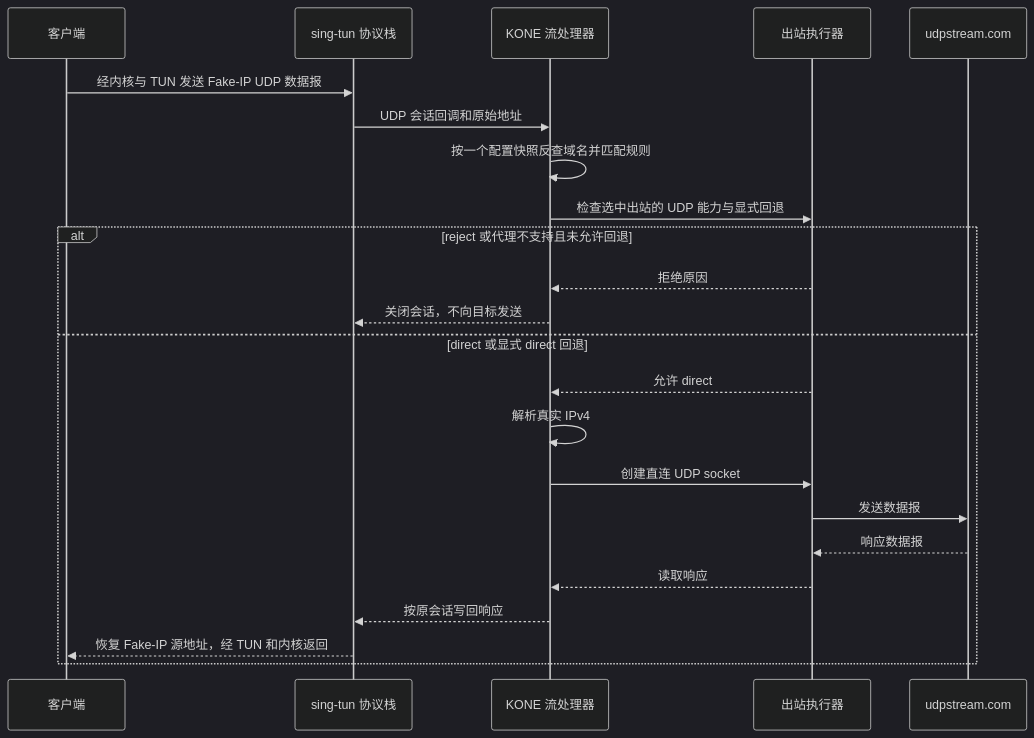
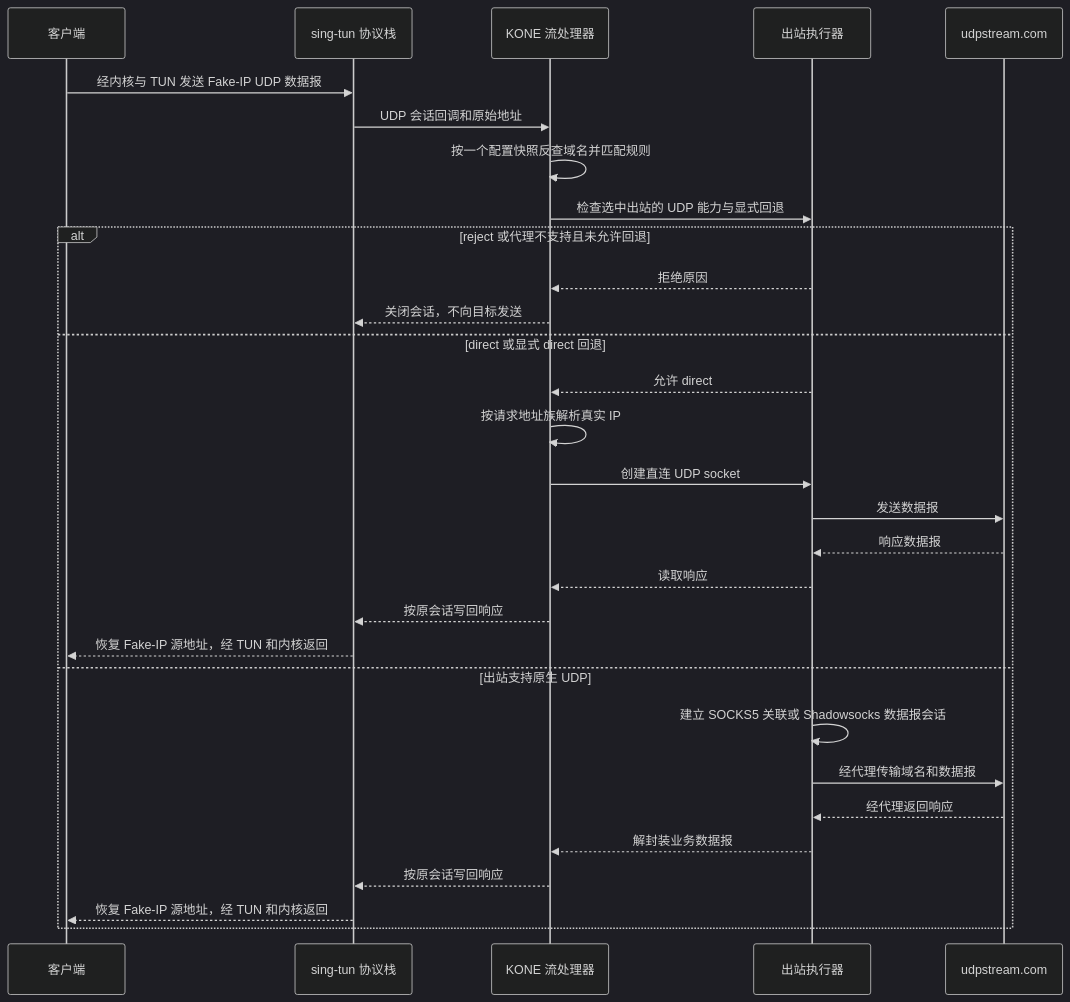
One commit to xjdrew/kone changed the third of 3 diagrams in docs/architecture.md. Above: the diagram before and after it, drawn with Mermaid (dark theme). The commit also changed other lines of this file and 285 other files, not shown here.

````diff
--- a/docs/architecture.md
+++ b/docs/architecture.md
@@ -119,25 +125,32 @@
 ```mermaid
 sequenceDiagram
     participant C as 客户端
     participant S as sing-tun 协议栈
     participant F as KONE 流处理器
     participant O as 出站执行器
     participant R as udpstream.com
     C->>S: 经内核与 TUN 发送 Fake-IP UDP 数据报
     S->>F: UDP 会话回调和原始地址
     F->>F: 按一个配置快照反查域名并匹配规则
     F->>O: 检查选中出站的 UDP 能力与显式回退
     alt reject 或代理不支持且未允许回退
         O-->>F: 拒绝原因
         F-->>S: 关闭会话，不向目标发送
     else direct 或显式 direct 回退
         O-->>F: 允许 direct
-        F->>F: 解析真实 IPv4
+        F->>F: 按请求地址族解析真实 IP
         F->>O: 创建直连 UDP socket
         O->>R: 发送数据报
         R-->>O: 响应数据报
         O-->>F: 读取响应
         F-->>S: 按原会话写回响应
         S-->>C: 恢复 Fake-IP 源地址，经 TUN 和内核返回
+    else 出站支持原生 UDP
+        O->>O: 建立 SOCKS5 关联或 Shadowsocks 数据报会话
+        O->>R: 经代理传输域名和数据报
+        R-->>O: 经代理返回响应
+        O-->>F: 解封装业务数据报
+        F-->>S: 按原会话写回响应
+        S-->>C: 恢复 Fake-IP 源地址，经 TUN 和内核返回
     end
 ```
````
